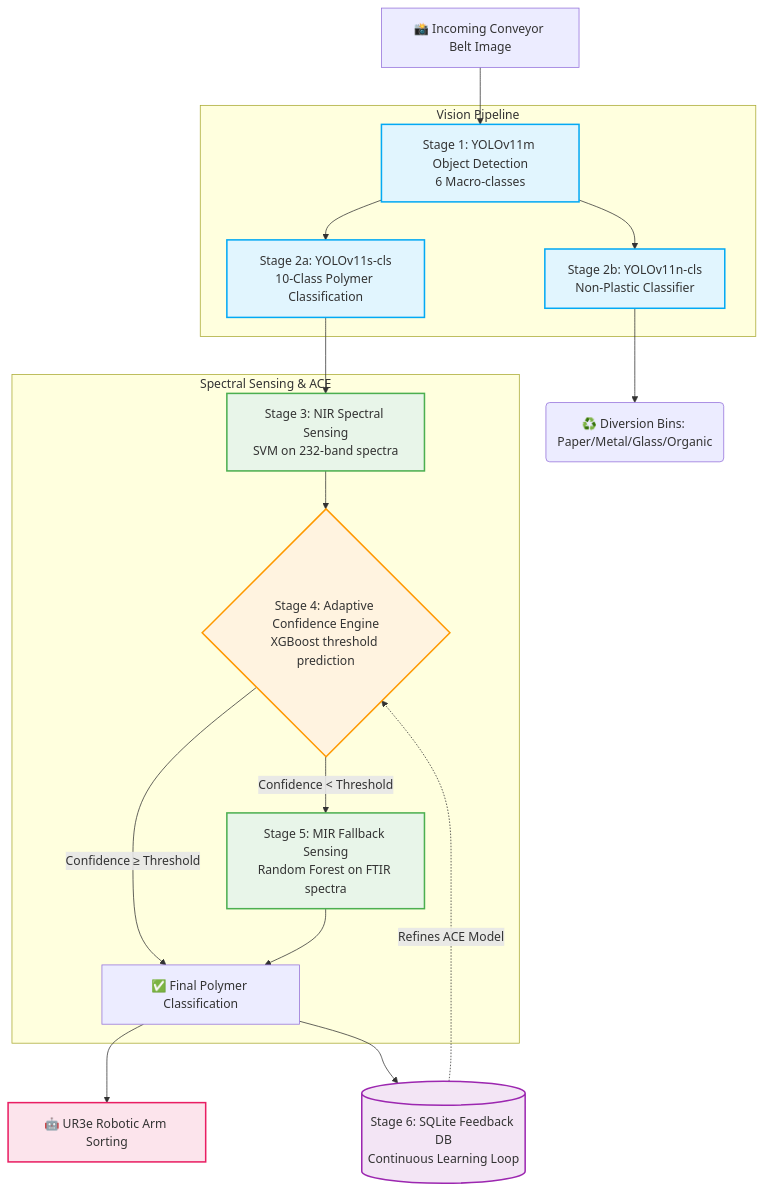
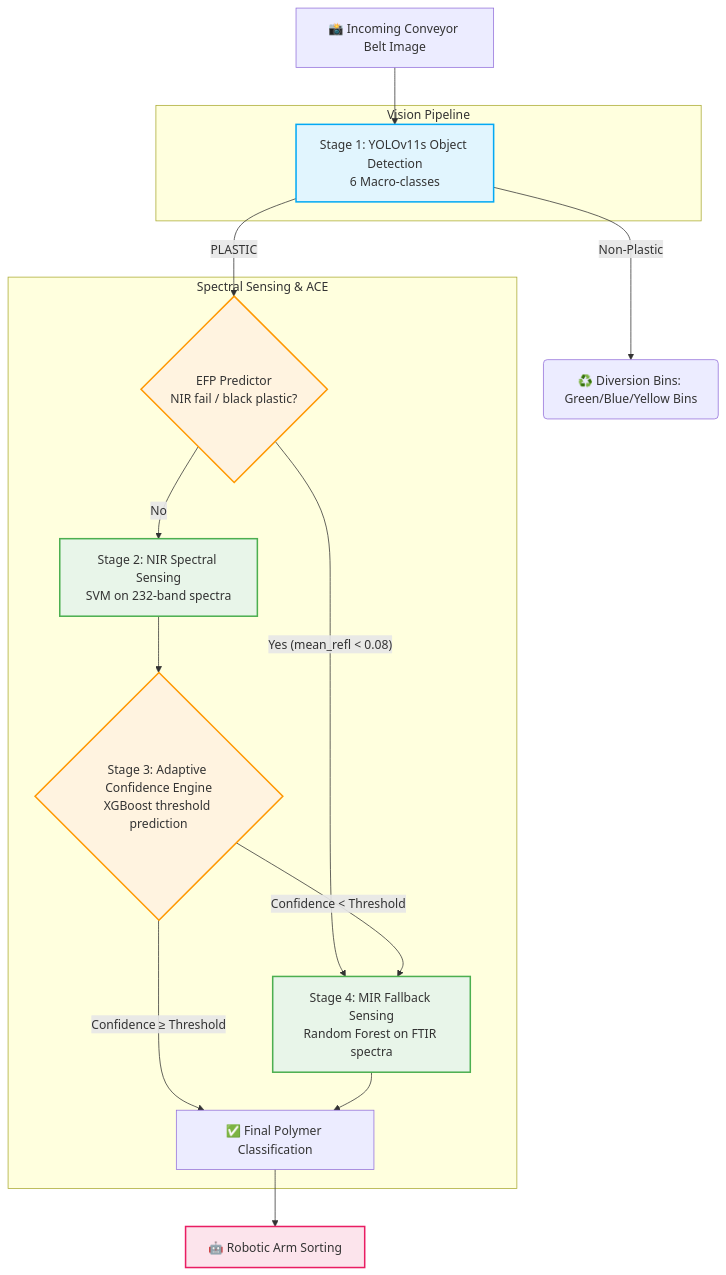
Before and after one commit to VyankateshDawale/Plastic-Segregation: the diagram in README.md, drawn with Mermaid. The commit also changed other lines of this file and 73 other files, not shown here.

Commit message:
Consolidate codebase, integrate real MIR models, retrain and unify ACE/EFP, and align metrics with reality

````diff
--- a/README.md
+++ b/README.md
@@ -36,42 +27,37 @@
 ```mermaid
 graph TD
     %% Define Styles
     classDef vision fill:#e1f5fe,stroke:#03a9f4,stroke-width:2px;
     classDef spectral fill:#e8f5e9,stroke:#4caf50,stroke-width:2px;
     classDef decision fill:#fff3e0,stroke:#ff9800,stroke-width:2px;
     classDef action fill:#fce4ec,stroke:#e91e63,stroke-width:2px;
     classDef db fill:#f3e5f5,stroke:#9c27b0,stroke-width:2px;
 
     %% Nodes
     In[📸 Incoming Conveyor Belt Image] --> S1
     
     subgraph Vision Pipeline
-        S1[Stage 1: YOLOv11m Object Detection<br/>6 Macro-classes]:::vision
-        S1 --> S2a
-        S1 --> S2b
-        S2a[Stage 2a: YOLOv11s-cls<br/>10-Class Polymer Classification]:::vision
-        S2b[Stage 2b: YOLOv11n-cls<br/>Non-Plastic Classifier]:::vision
+        S1[Stage 1: YOLOv11s Object Detection<br/>6 Macro-classes]:::vision
     end
 
-    S2b --> B1(♻️ Diversion Bins: Paper/Metal/Glass/Organic)
+    S1 -- "Non-Plastic" --> B1(♻️ Diversion Bins: Green/Blue/Yellow Bins)
+    S1 -- "PLASTIC" --> EFP
 
-    S2a --> S3
-    
     subgraph Spectral Sensing & ACE
-        S3[Stage 3: NIR Spectral Sensing<br/>SVM on 232-band spectra]:::spectral
+        EFP{EFP Predictor<br/>NIR fail / black plastic?}:::decision
+        EFP -- "Yes (mean_refl < 0.08)" --> S5
+        EFP -- "No" --> S3
+        
+        S3[Stage 2: NIR Spectral Sensing<br/>SVM on 232-band spectra]:::spectral
         S3 --> ACE
         
-        ACE{Stage 4: Adaptive Confidence Engine<br/>XGBoost threshold prediction}:::decision
+        ACE{Stage 3: Adaptive Confidence Engine<br/>XGBoost threshold prediction}:::decision
         ACE -- "Confidence ≥ Threshold" --> Out[✅ Final Polymer Classification]
         ACE -- "Confidence < Threshold" --> S5
         
-        S5[Stage 5: MIR Fallback Sensing<br/>Random Forest on FTIR spectra]:::spectral
+        S5[Stage 4: MIR Fallback Sensing<br/>Random Forest on FTIR spectra]:::spectral
         S5 --> Out
     end
     
-    Out --> Arm[🤖 UR3e Robotic Arm Sorting]:::action
-    
-    Out --> FB
-    FB[(Stage 6: SQLite Feedback DB<br/>Continuous Learning Loop)]:::db
-    FB -. "Refines ACE Model" .-> ACE
+    Out --> Arm[🤖 Robotic Arm Sorting]:::action
 ```
````
